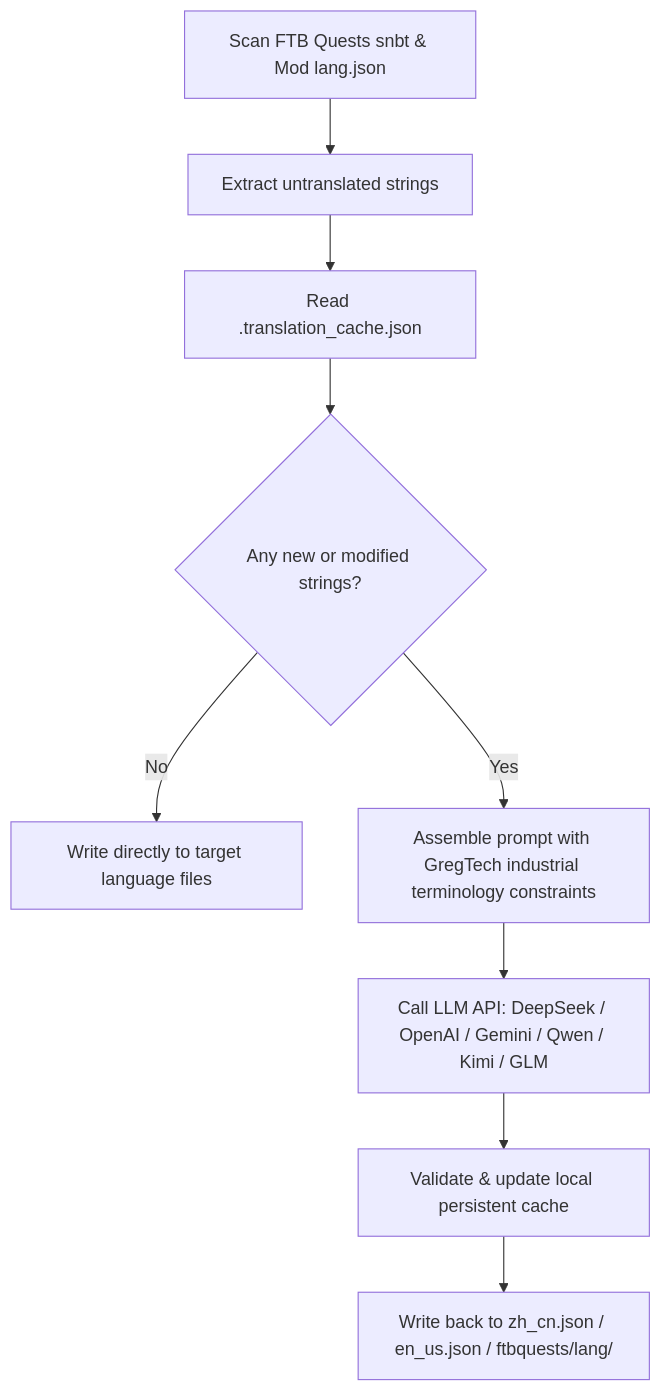
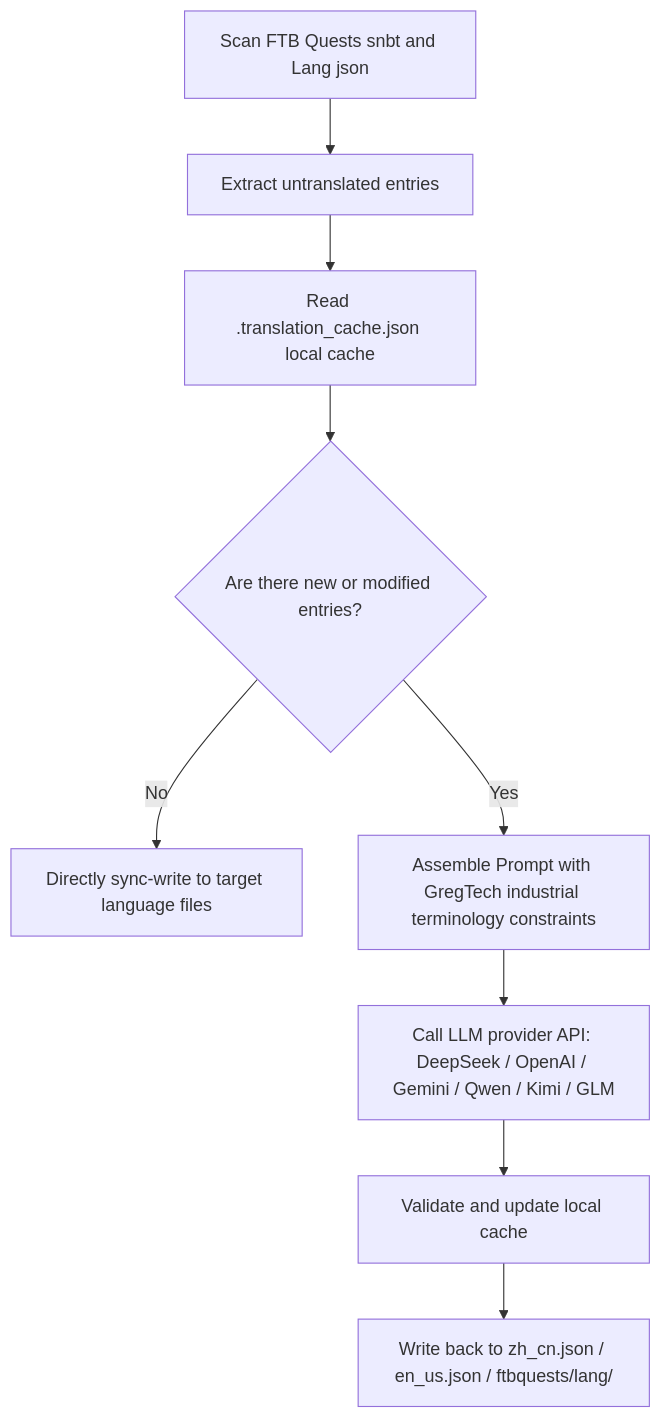
One commit to takanashisatou/GregtechEasy-Docs changed the diagram in docs/en/ci-cd-and-translation/ai-translation.md. Above: the diagram before and after it, drawn with Mermaid. The commit also changed other lines of this file and 99 other files, not shown here.

````diff
--- a/docs/en/ci-cd-and-translation/ai-translation.md
+++ b/docs/en/ci-cd-and-translation/ai-translation.md
@@ -13,11 +13,11 @@
 ```mermaid
 graph TD
-    A[Scan FTB Quests snbt & Mod lang.json] --> B[Extract untranslated strings]
-    B --> C[Read .translation_cache.json]
-    C --> D{Any new or modified strings?}
-    D -- No --> E[Write directly to target language files]
-    D -- Yes --> F[Assemble prompt with GregTech industrial terminology constraints]
-    F --> G[Call LLM API: DeepSeek / OpenAI / Gemini / Qwen / Kimi / GLM]
-    G --> H[Validate & update local persistent cache]
+    A[Scan FTB Quests snbt and Lang json] --> B[Extract untranslated entries]
+    B --> C[Read .translation_cache.json local cache]
+    C --> D{Are there new or modified entries?}
+    D -- No --> E[Directly sync-write to target language files]
+    D -- Yes --> F[Assemble Prompt with GregTech industrial terminology constraints]
+    F --> G[Call LLM provider API: DeepSeek / OpenAI / Gemini / Qwen / Kimi / GLM]
+    G --> H[Validate and update local cache]
     H --> I[Write back to zh_cn.json / en_us.json / ftbquests/lang/]
 ```
````
